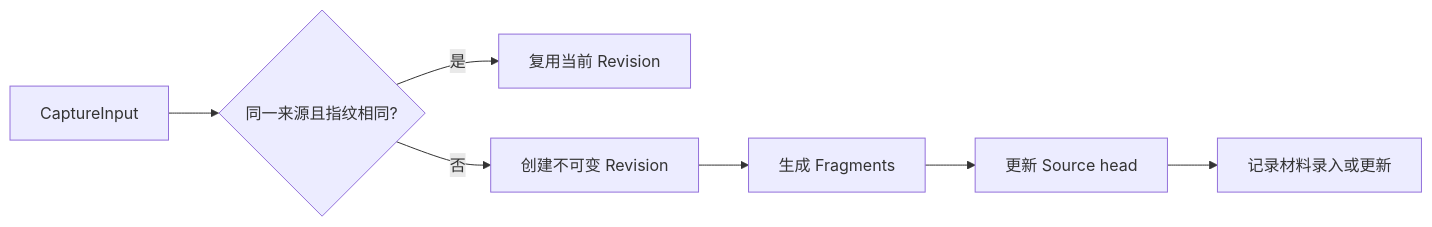
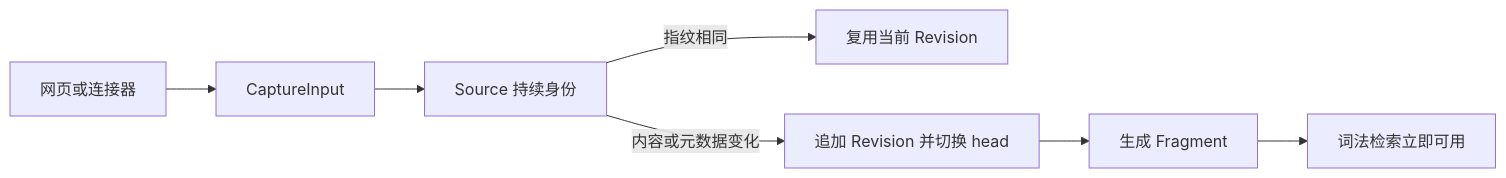
Before and after one commit to lejunyang/omem: the diagram in .repo-review/knowledge/articles/08e8de8e7788195db049c6fb0184ebc7888d9ec16a991ed19523deb074181035.md, drawn with Mermaid. The commit also changed other lines of this file and 35 other files, not shown here.

````diff
--- a/.repo-review/knowledge/articles/08e8de8e7788195db049c6fb0184ebc7888d9ec16a991ed19523deb074181035.md
+++ b/.repo-review/knowledge/articles/08e8de8e7788195db049c6fb0184ebc7888d9ec16a991ed19523deb074181035.md
@@ -35,9 +40,9 @@
 ```mermaid
 flowchart LR
-  A[CaptureInput] --> B{同一来源且指纹相同?}
-  B -->|是| C[复用当前 Revision]
-  B -->|否| D[创建不可变 Revision]
-  D --> E[生成 Fragments]
-  E --> F[更新 Source head]
-  F --> G[记录材料录入或更新]
+  A[网页或连接器] --> B[CaptureInput]
+  B --> C[Source 持续身份]
+  C -->|指纹相同| D[复用当前 Revision]
+  C -->|内容或元数据变化| E[追加 Revision 并切换 head]
+  E --> F[生成 Fragment]
+  F --> G[词法检索立即可用]
 ```
````
